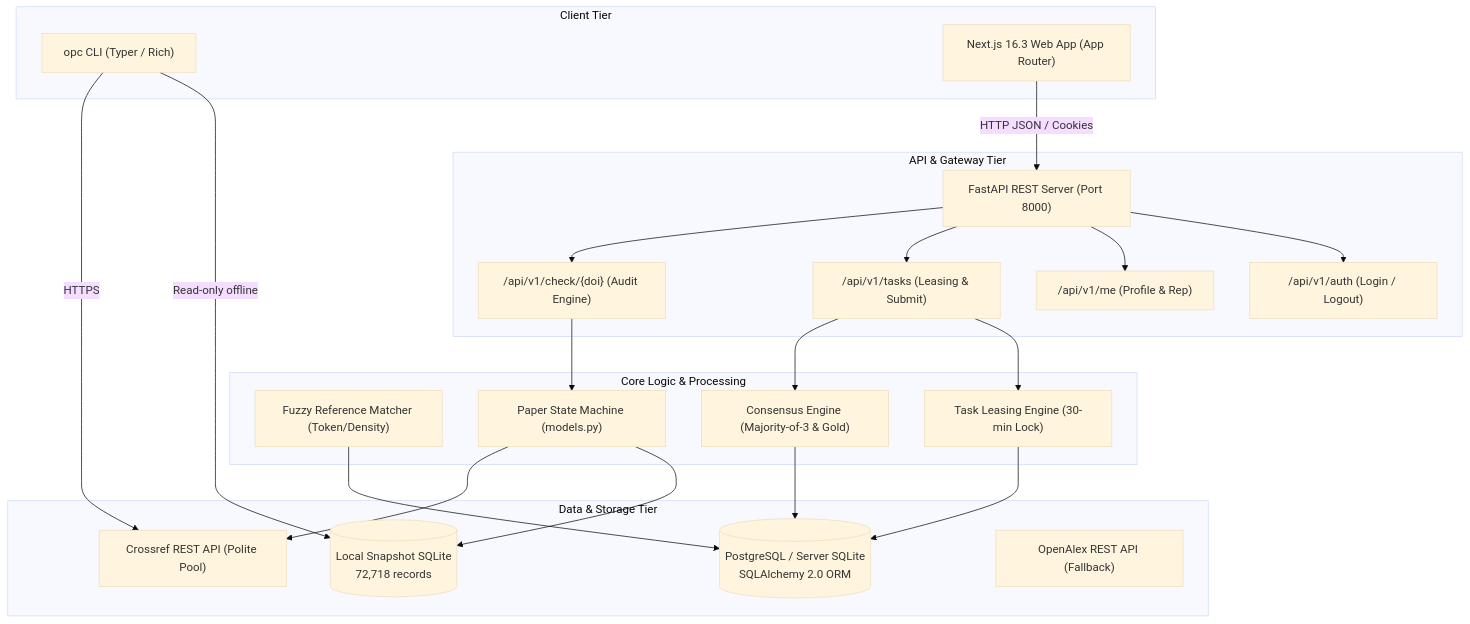
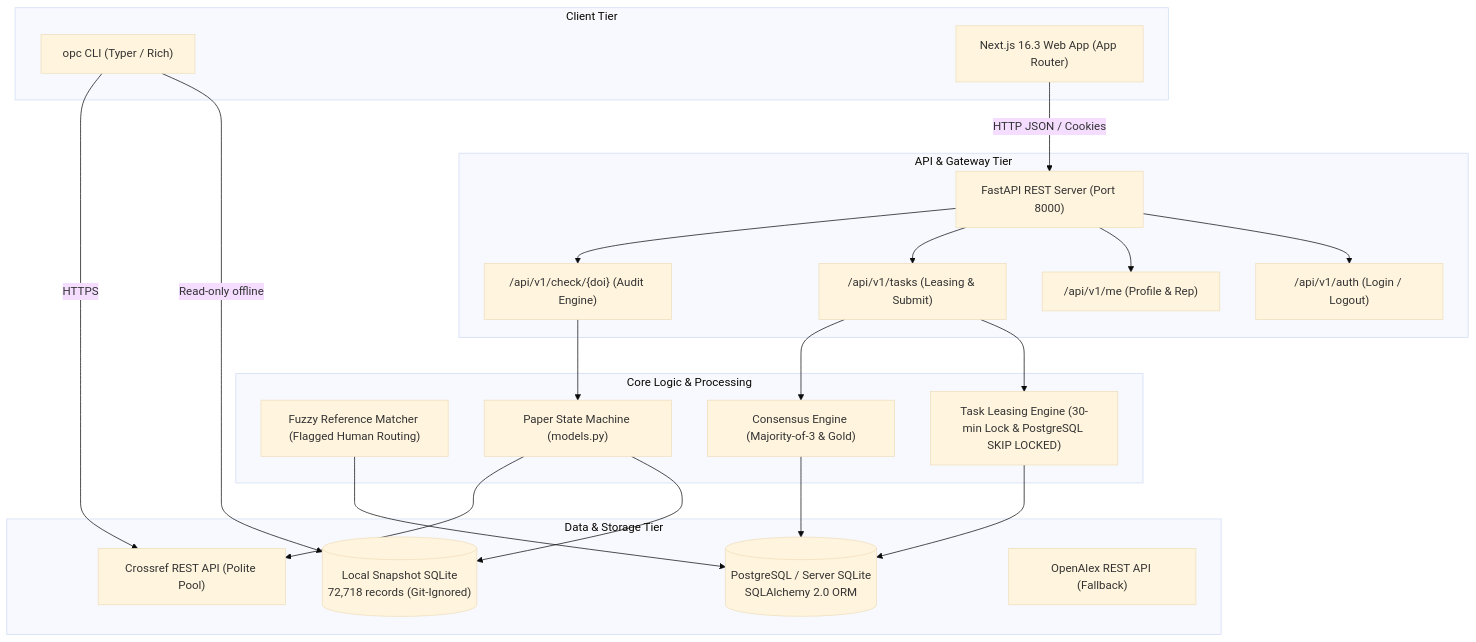
Before and after one commit to UtkarshSingh-09/OpenPaperCheck: the diagram in docs/audit/2026-10-09-full-codebase-audit-report.md, drawn with Mermaid (base theme). The commit also changed other lines of this file, not shown here.

````diff
--- a/docs/audit/2026-10-09-full-codebase-audit-report.md
+++ b/docs/audit/2026-10-09-full-codebase-audit-report.md
@@ -73,45 +92,45 @@
 ```mermaid
 graph TD
     subgraph Client Tier
         CLI["opc CLI (Typer / Rich)"]
         WEB["Next.js 16.3 Web App (App Router)"]
     end
 
     subgraph API & Gateway Tier
         FASTAPI["FastAPI REST Server (Port 8000)"]
         AUTH_ROUTER["/api/v1/auth (Login / Logout)"]
         ME_ROUTER["/api/v1/me (Profile & Rep)"]
         TASKS_ROUTER["/api/v1/tasks (Leasing & Submit)"]
         CHECK_ROUTER["/api/v1/check/{doi} (Audit Engine)"]
     end
 
     subgraph Core Logic & Processing
-        MATCHER["Fuzzy Reference Matcher (Token/Density)"]
-        ASSIGN["Task Leasing Engine (30-min Lock)"]
+        MATCHER["Fuzzy Reference Matcher (Flagged Human Routing)"]
+        ASSIGN["Task Leasing Engine (30-min Lock & PostgreSQL SKIP LOCKED)"]
         CONSENSUS["Consensus Engine (Majority-of-3 & Gold)"]
         STATE_MACHINE["Paper State Machine (models.py)"]
     end
 
     subgraph Data & Storage Tier
-        SQLITE_LOCAL[("Local Snapshot SQLite<br>72,718 records")]
+        SQLITE_LOCAL[("Local Snapshot SQLite<br>72,718 records (Git-Ignored)")]
         PG_DB[("PostgreSQL / Server SQLite<br>SQLAlchemy 2.0 ORM")]
         CROSSREF_API["Crossref REST API (Polite Pool)"]
         OPENALEX_API["OpenAlex REST API (Fallback)"]
     end
 
     CLI -->|Read-only offline| SQLITE_LOCAL
     CLI -->|HTTPS| CROSSREF_API
     WEB -->|HTTP JSON / Cookies| FASTAPI
     FASTAPI --> AUTH_ROUTER
     FASTAPI --> ME_ROUTER
     FASTAPI --> TASKS_ROUTER
     FASTAPI --> CHECK_ROUTER
     CHECK_ROUTER --> STATE_MACHINE
     STATE_MACHINE --> SQLITE_LOCAL
     STATE_MACHINE --> CROSSREF_API
     TASKS_ROUTER --> ASSIGN
     ASSIGN --> PG_DB
     TASKS_ROUTER --> CONSENSUS
     CONSENSUS --> PG_DB
     MATCHER --> PG_DB
 ```
````
